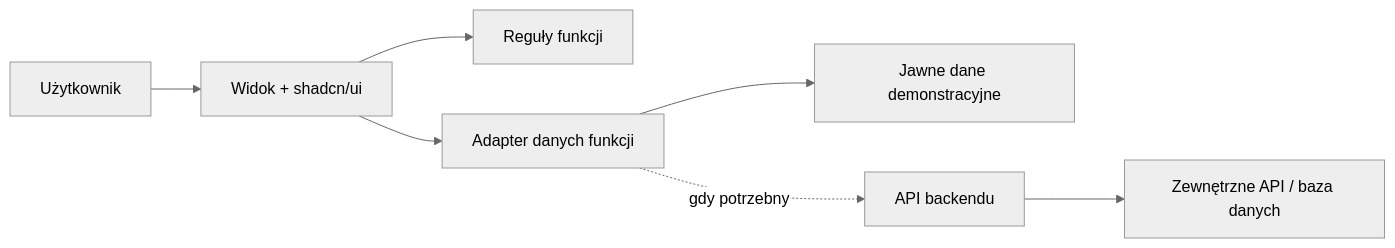
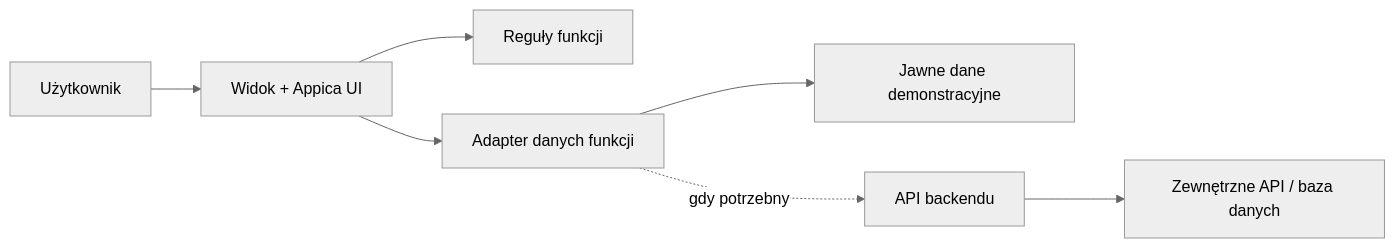
One commit to delve-group/smart-city changed the diagram in docs/architecture.md. Above: the diagram before and after it, drawn with Mermaid (neutral theme). The commit also changed other lines of this file and 24 other files, not shown here.

````diff
--- a/docs/architecture.md
+++ b/docs/architecture.md
@@ -25,9 +23,9 @@
 ```mermaid
 flowchart LR
-    U[Użytkownik] --> V[Widok + shadcn/ui]
+    U[Użytkownik] --> V[Widok + Appica UI]
     V --> D[Reguły funkcji]
     V --> A[Adapter danych funkcji]
     A --> M[Jawne dane demonstracyjne]
     A -. gdy potrzebny .-> B[API backendu]
     B --> E[Zewnętrzne API / baza danych]
 ```
````
